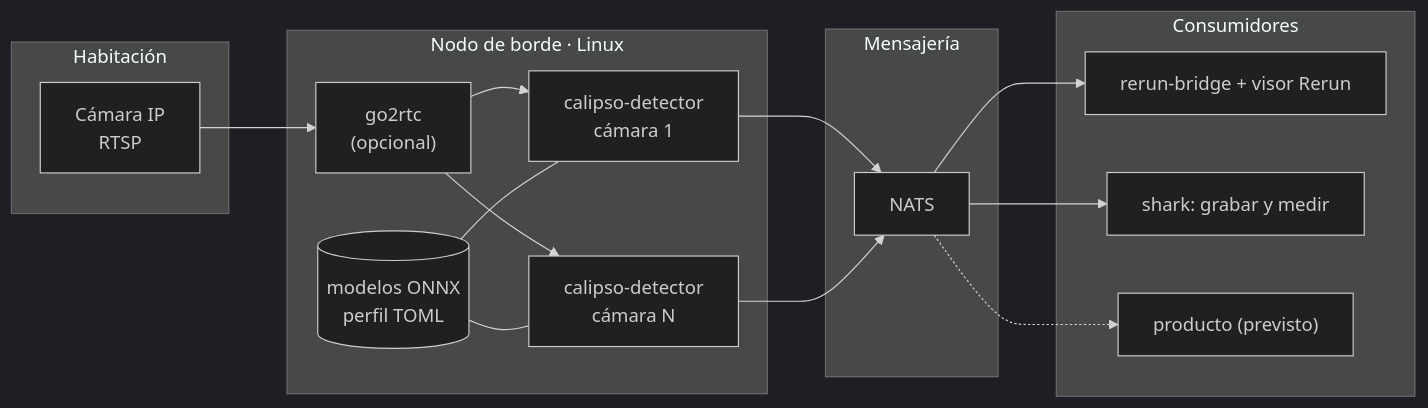
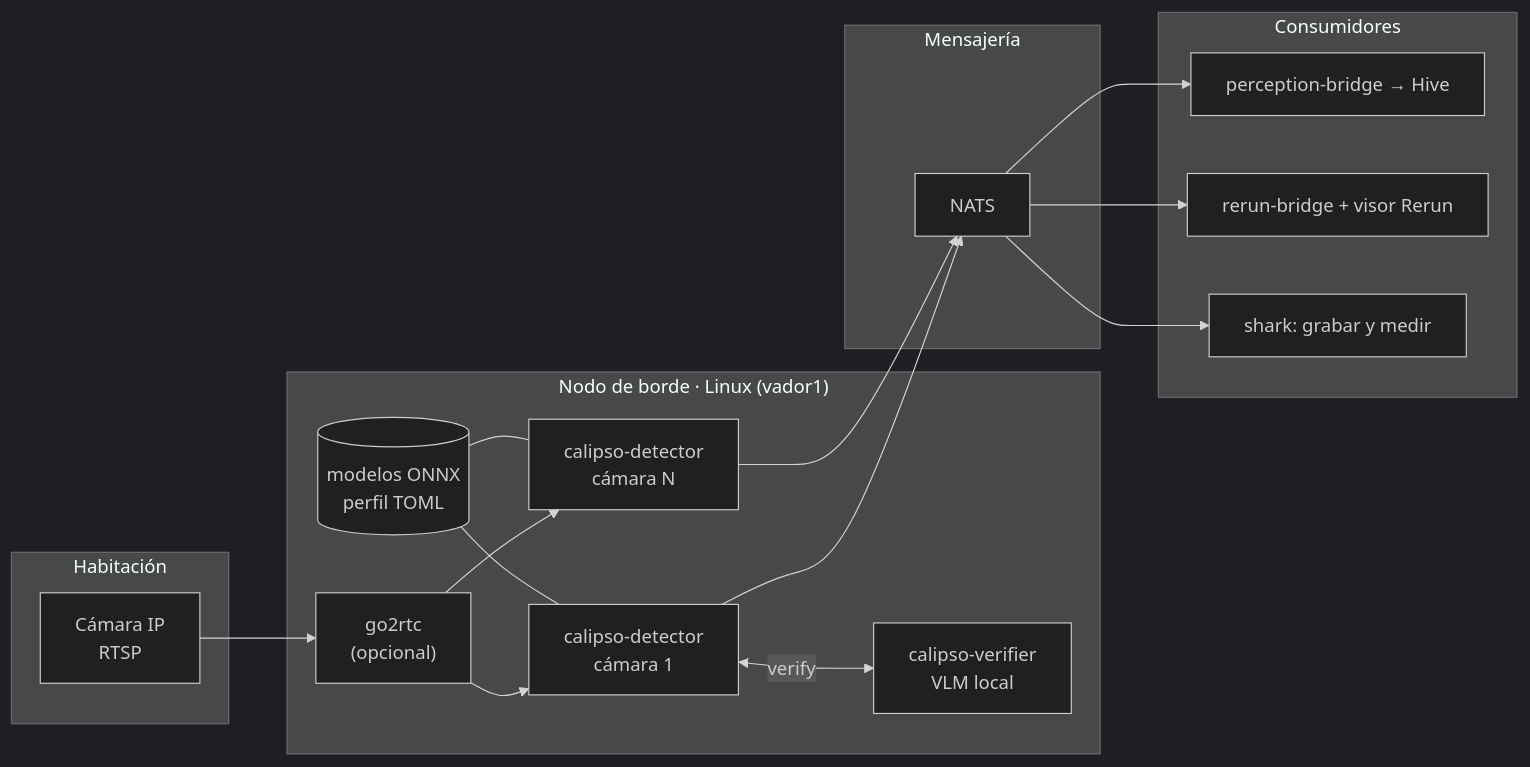
One commit to e7canasta/calipso-detector changed the eighth of 9 diagrams in arquitectura-c4.md. Above: the diagram before and after it, drawn with Mermaid (dark theme). The commit also changed other lines of this file and 2 other files, not shown here.

````diff
--- a/arquitectura-c4.md
+++ b/arquitectura-c4.md
@@ -361,30 +467,32 @@
 ```mermaid
 flowchart LR
     subgraph room["Habitación"]
         cam["Cámara IP<br/>RTSP"]
     end
-    subgraph edge["Nodo de borde · Linux"]
+    subgraph edge["Nodo de borde · Linux (vador1)"]
         relay["go2rtc<br/>(opcional)"]
         d1["calipso-detector<br/>cámara 1"]
         d2["calipso-detector<br/>cámara N"]
+        v["calipso-verifier<br/>VLM local"]
         models[("modelos ONNX<br/>perfil TOML")]
     end
     subgraph bus["Mensajería"]
         n["NATS"]
     end
     subgraph apps["Consumidores"]
+        pb["perception-bridge → Hive"]
         r["rerun-bridge + visor Rerun"]
         s["shark: grabar y medir"]
-        p["producto (previsto)"]
     end
 
     cam --> relay --> d1
     relay --> d2
     models --- d1
     models --- d2
+    d1 <-->|"verify"| v
     d1 --> n
     d2 --> n
+    n --> pb
     n --> r
     n --> s
-    n -.-> p
 ```
````
